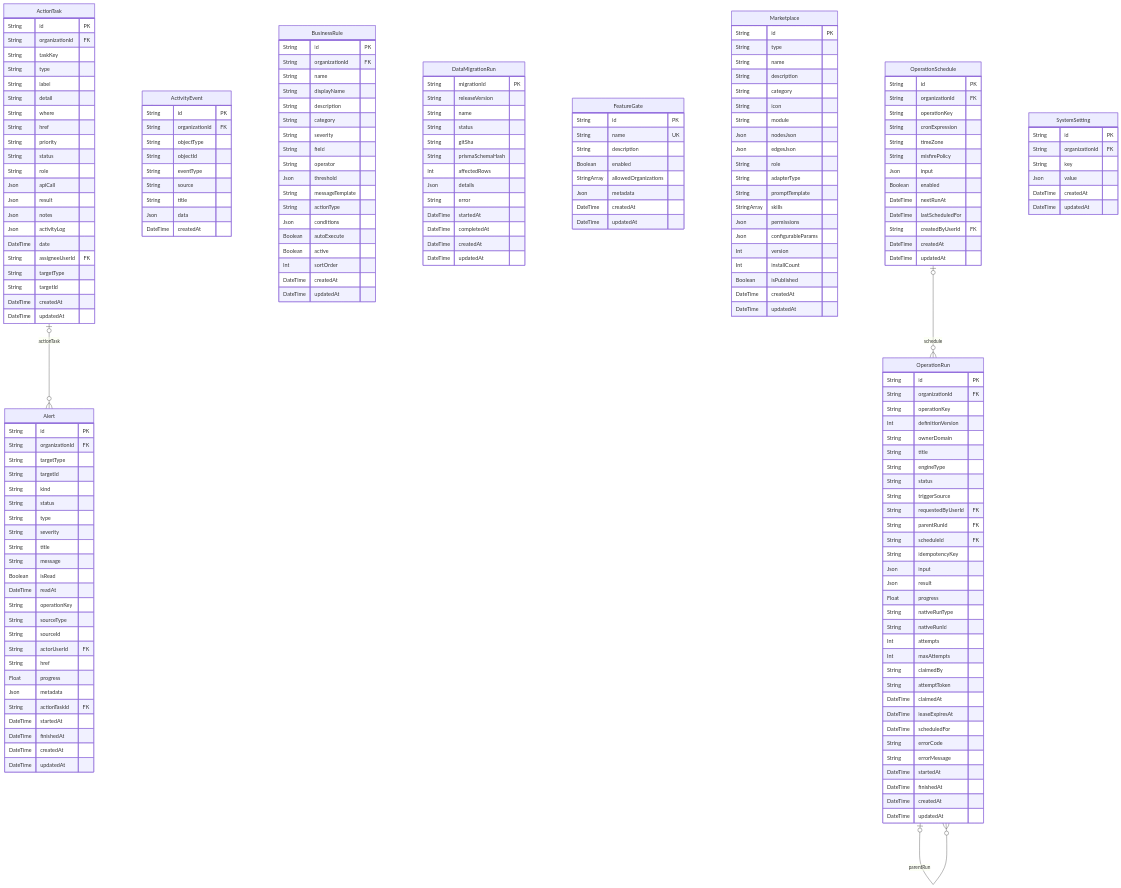
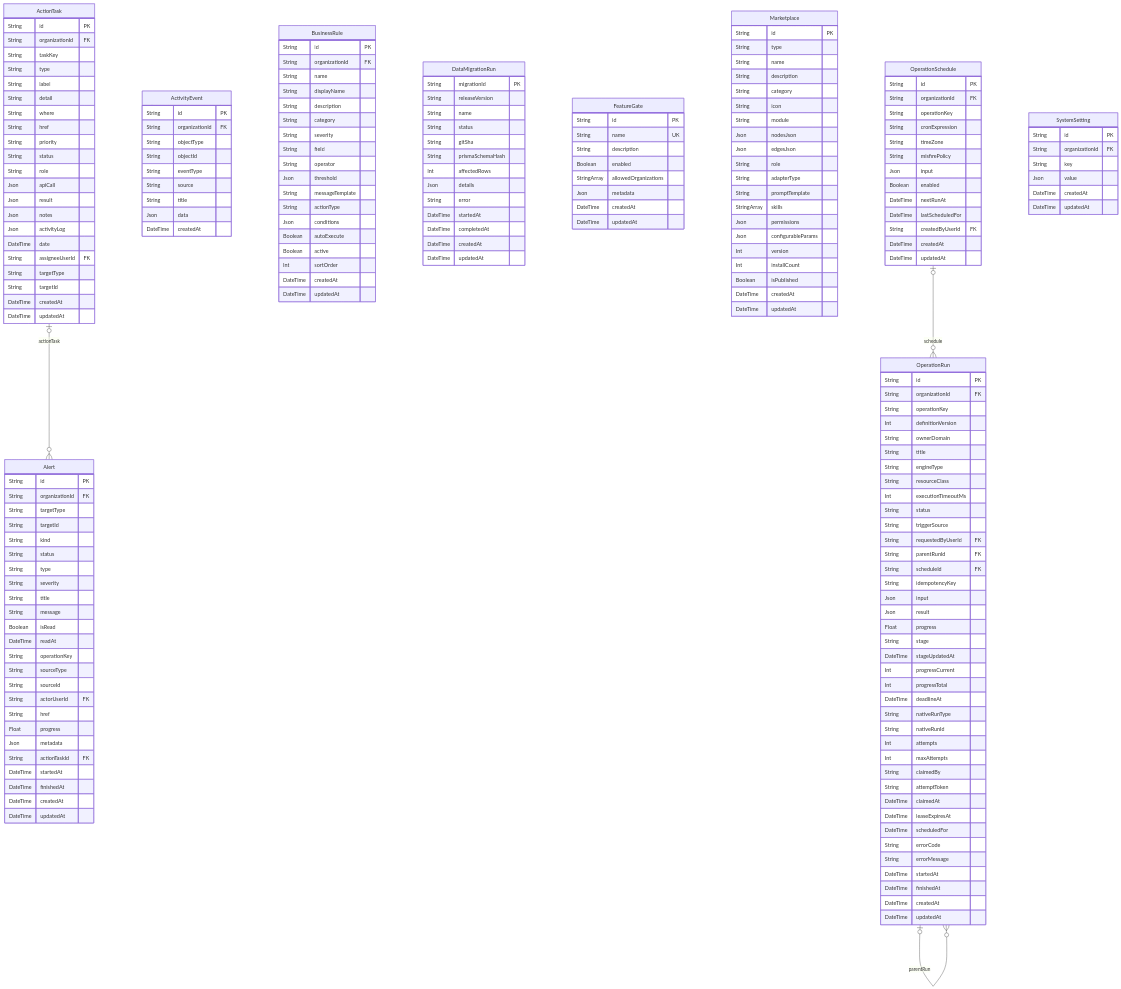
The diagram in docs/erd/system.md (AgentFoundry-Labs/kiditem), drawn with Mermaid before and after one commit. The commit also changed 500 other files, not shown here.

```diff
--- a/docs/erd/system.md
+++ b/docs/erd/system.md
@@ -159,6 +159,8 @@
     String ownerDomain
     String title
     String engineType
+    String resourceClass
+    Int executionTimeoutMs
     String status
     String triggerSource
     String requestedByUserId FK
@@ -168,6 +170,11 @@
     Json input
     Json result
     Float progress
+    String stage
+    DateTime stageUpdatedAt
+    Int progressCurrent
+    Int progressTotal
+    DateTime deadlineAt
     String nativeRunType
     String nativeRunId
     Int attempts
```
